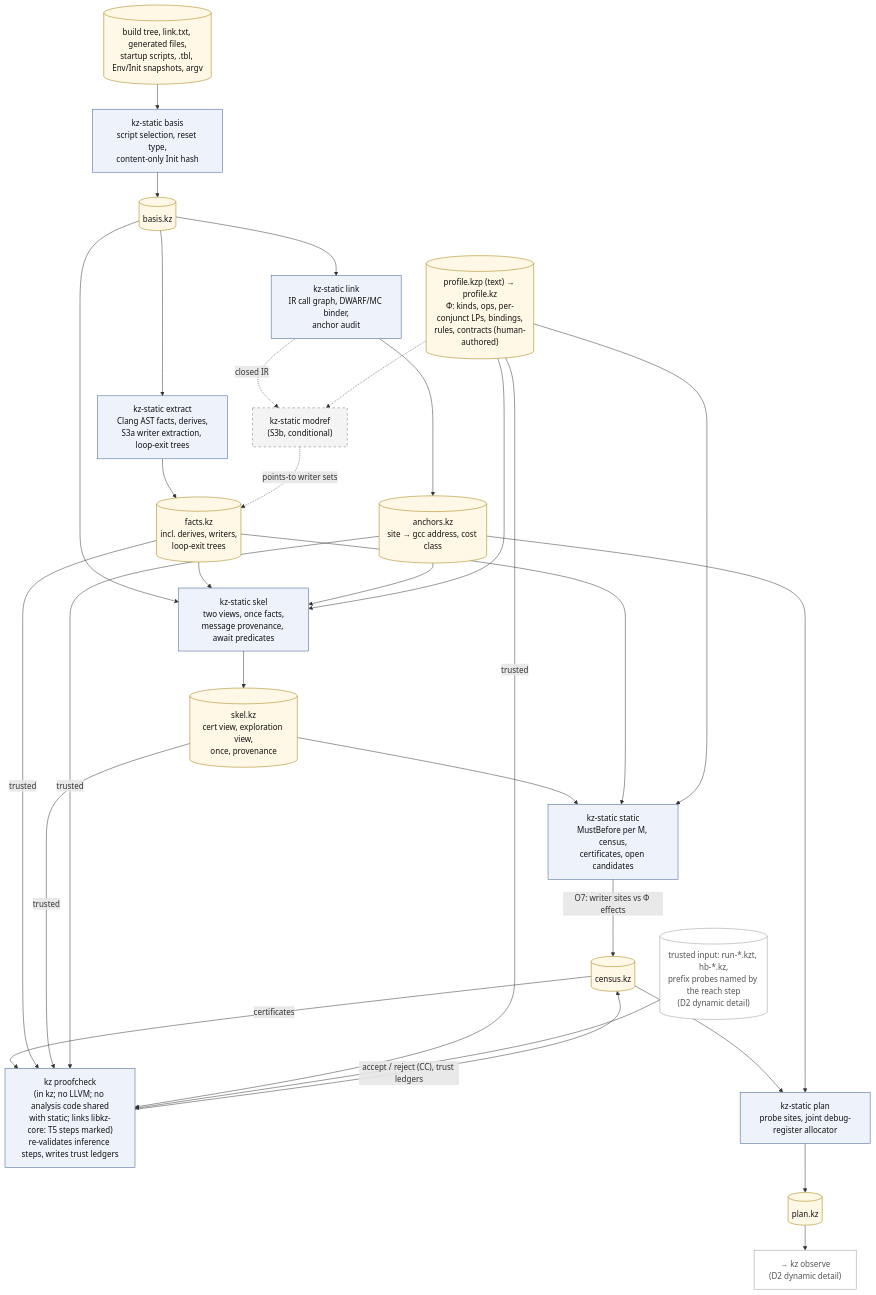
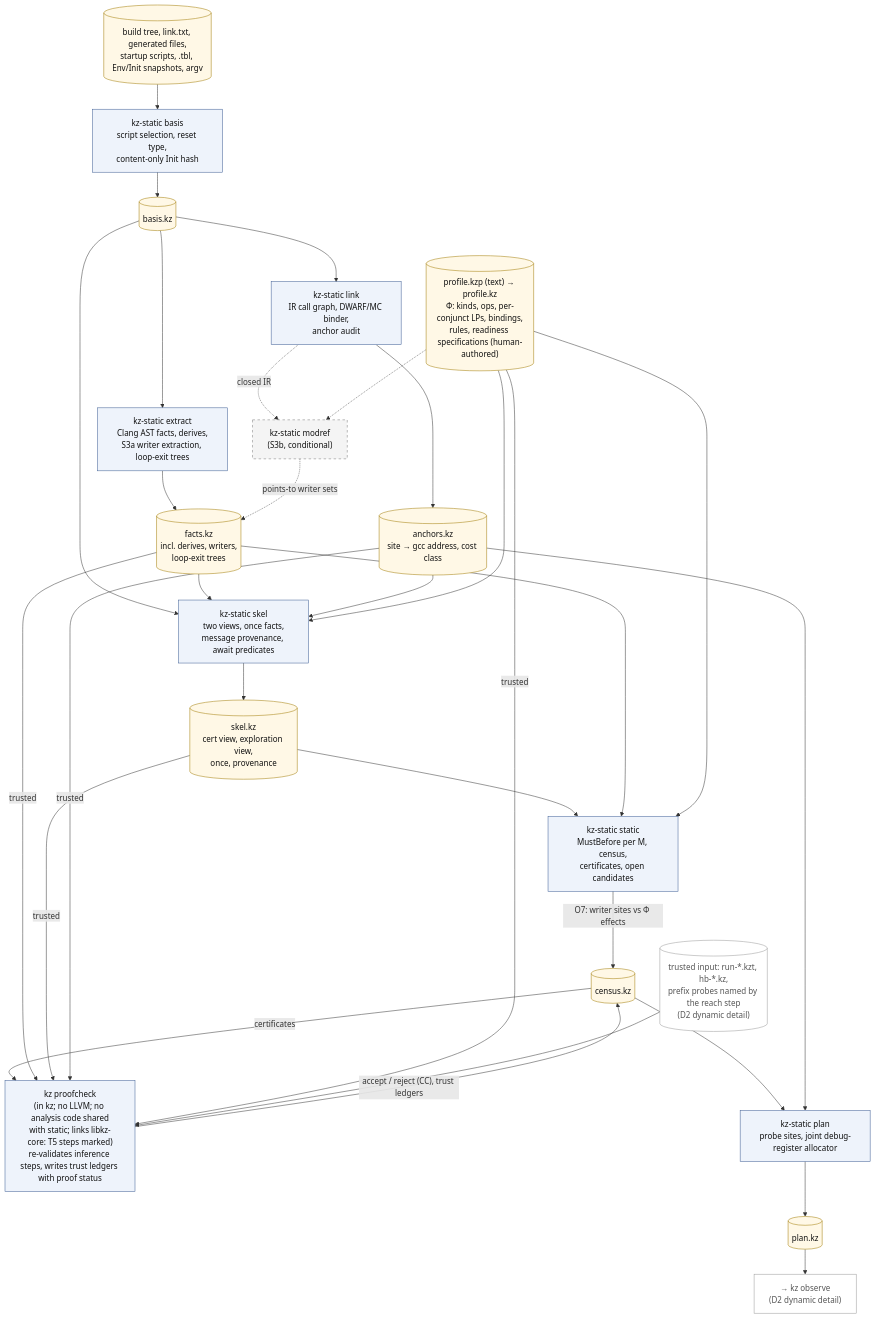
Before and after one commit to wookjaeya/Shape-Perf: the third of 4 diagrams in research/cfs_procrace/Architecture/02_architecture.md, drawn with Mermaid. The commit also changed other lines of this file and 309 other files, not shown here.

First line of the commit message:
WIP: SPEC rev 1.2 (decisions of 2026-10-15, T1 rename, CORD citations removed), first mirrors, plan documents, Kairos K0-K2 code and S1-R2 smoke-run records

````diff
--- a/research/cfs_procrace/Architecture/02_architecture.md
+++ b/research/cfs_procrace/Architecture/02_architecture.md
@@ -522,62 +523,62 @@
 ```mermaid
 flowchart TD
-    %% D2 detail (1/2) - kz-static pipeline and the checker (independent inference relative to its trusted base). Source: spec §12 D2 (rev 1.1); §2.2-2.4, §4.1-4.7, §4.5.1.
+    %% D2 detail (1/2) - kz-static pipeline and the checker (independent inference relative to its trusted base). Source: spec §12 D2 (rev 1.2); §2.2-2.4, §4.1-4.7, §4.5.1.
     %% Rectangle = component, cylinder = KZ artifact. Dashed border = conditional (S3b).
 
     INB[("build tree, link.txt, generated files,<br/>startup scripts, .tbl, Env/Init snapshots, argv")]
-    PROF[("profile.kzp (text) → profile.kz<br/>Φ: kinds, ops, per-conjunct LPs, bindings,<br/>rules, contracts (human-authored)")]
+    PROF[("profile.kzp (text) → profile.kz<br/>Φ: kinds, ops, per-conjunct LPs, bindings,<br/>rules, readiness specifications (human-authored)")]
 
     BAS["kz-static basis<br/>script selection, reset type,<br/>content-only Init hash"]
     BK[("basis.kz")]
     EXT["kz-static extract<br/>Clang AST facts, derives,<br/>S3a writer extraction, loop-exit trees"]
     LNK["kz-static link<br/>IR call graph, DWARF/MC binder,<br/>anchor audit"]
     MOD["kz-static modref<br/>(S3b, conditional)"]
     FK[("facts.kz<br/>incl. derives, writers,<br/>loop-exit trees")]
     AK[("anchors.kz<br/>site → gcc address, cost class")]
     SKL["kz-static skel<br/>two views, once facts,<br/>message provenance, await predicates"]
     SK[("skel.kz<br/>cert view, exploration view,<br/>once, provenance")]
     STA["kz-static static<br/>MustBefore per M, census,<br/>certificates, open candidates"]
     CEN[("census.kz")]
-    PCK["kz proofcheck<br/>(in kz; no LLVM; no analysis code shared<br/>with static; links libkz-core: T5 steps marked)<br/>re-validates inference steps, writes trust ledgers"]
+    PCK["kz proofcheck<br/>(in kz; no LLVM; no analysis code shared<br/>with static; links libkz-core: T5 steps marked)<br/>re-validates inference steps, writes trust ledgers with proof status"]
     RUNS[("trusted input: run-*.kzt, hb-*.kz,<br/>prefix probes named by the reach step<br/>(D2 dynamic detail)")]
     PLN["kz-static plan<br/>probe sites, joint debug-register allocator"]
     PK[("plan.kz")]
 
     INB --> BAS --> BK
     BK --> EXT
     BK --> LNK
     BK --> SKL
     EXT --> FK
     LNK --> AK
     LNK -.->|"closed IR"| MOD
     PROF -.-> MOD
     MOD -.->|"points-to writer sets"| FK
     FK --> SKL
     AK --> SKL
     PROF --> SKL
     SKL --> SK
     SK --> STA
     FK --> STA
     PROF --> STA
     STA -->|"O7: writer sites vs Φ effects"| CEN
     CEN -->|"certificates"| PCK
     PCK -->|"accept / reject (CC), trust ledgers"| CEN
     FK -->|"trusted"| PCK
     SK -->|"trusted"| PCK
     AK -->|"trusted"| PCK
     PROF -->|"trusted"| PCK
     RUNS --> PCK
     CEN --> PLN
     AK --> PLN
     PLN --> PK
     PK --> NEXT["→ kz observe<br/>(D2 dynamic detail)"]
 
     classDef comp fill:#eef3fb,stroke:#3b5b92,color:#111
     classDef art fill:#fff8e6,stroke:#a07a00,color:#111
     classDef gated fill:#f4f4f4,stroke:#777,stroke-dasharray:5 5,color:#111
     classDef ref fill:#ffffff,stroke:#999,color:#555
     class BAS,EXT,LNK,SKL,STA,PCK,PLN comp
     class INB,PROF,BK,FK,AK,SK,CEN,PK art
     class MOD gated
     class NEXT,RUNS ref
 ```
````
